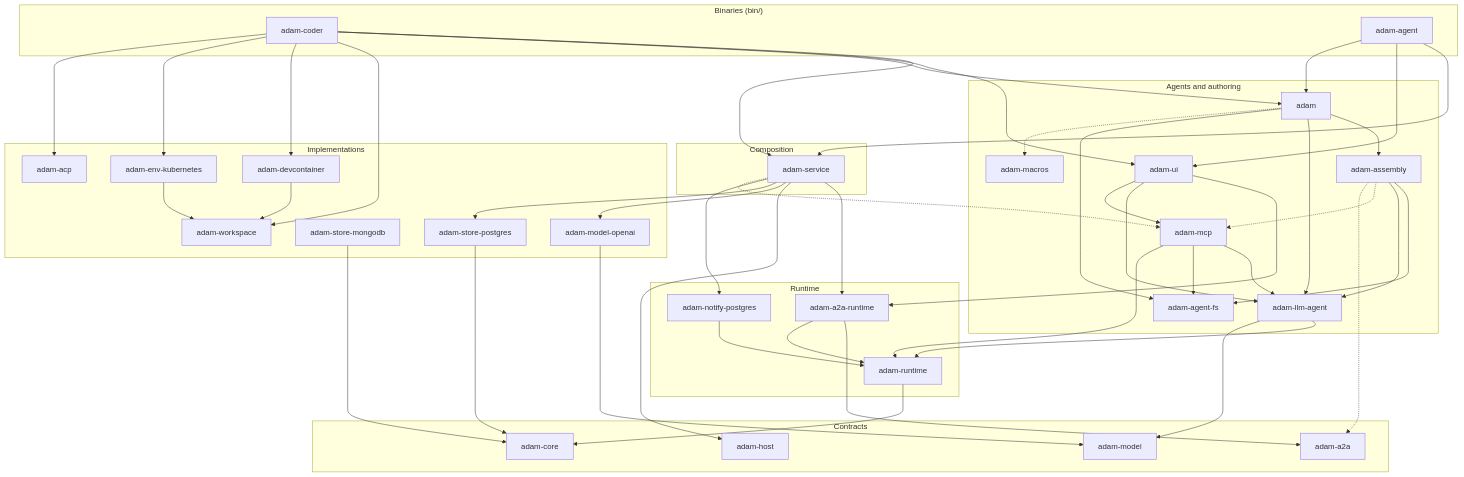
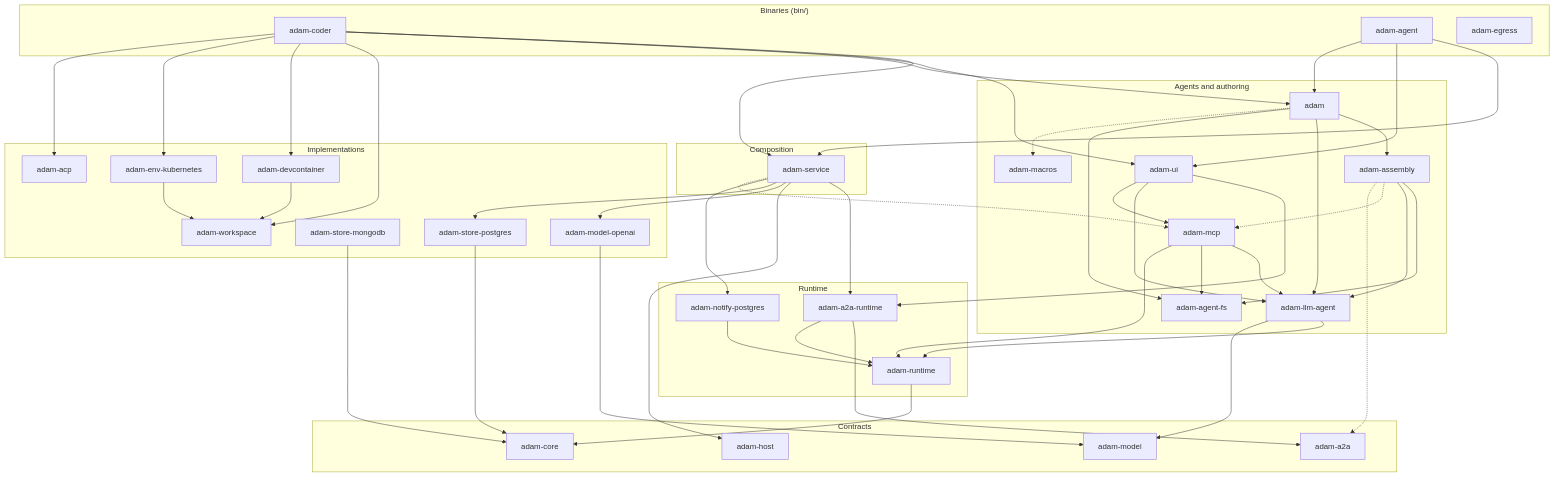
One commit to vymalo/another-adam-rs changed the first of 19 diagrams in docs/architecture.md. Above: the diagram before and after it, drawn with Mermaid. The commit also changed other lines of this file and 20 other files, not shown here.

````diff
--- a/docs/architecture.md
+++ b/docs/architecture.md
@@ -46,81 +46,82 @@
 ```mermaid
 flowchart TB
     subgraph bins["Binaries (bin/)"]
         coder["adam-coder"]
         agent["adam-agent"]
+        egress["adam-egress"]
     end
     subgraph svc["Composition"]
         service["adam-service"]
     end
     subgraph agents["Agents and authoring"]
         ui["adam-ui"]
         facade["adam"]
         asm["adam-assembly"]
         mcp["adam-mcp"]
         agentfs["adam-agent-fs"]
         macros["adam-macros"]
         llm["adam-llm-agent"]
     end
     subgraph runtime["Runtime"]
         a2art["adam-a2a-runtime"]
         rt["adam-runtime"]
         pgn["adam-notify-postgres"]
     end
     subgraph contracts["Contracts"]
         a2a["adam-a2a"]
         core["adam-core"]
         model["adam-model"]
         host["adam-host"]
     end
     subgraph impls["Implementations"]
         pg["adam-store-postgres"]
         mongo["adam-store-mongodb"]
         openai["adam-model-openai"]
         ws["adam-workspace"]
         devc["adam-devcontainer"]
         kube["adam-env-kubernetes"]
         acp["adam-acp"]
     end
 
     coder --> service
     coder --> ui
     coder --> facade
     coder --> ws
     coder --> devc
     coder --> kube
     coder --> acp
     agent --> service
     agent --> ui
     agent --> facade
     service --> a2art
     service --> host
     service --> openai
     service --> pg
     service --> pgn
     service -.-> mcp
     a2art --> a2a
     a2art --> rt
     ui --> a2art
     ui --> llm
     ui --> mcp
     facade --> asm
     facade --> llm
     facade --> agentfs
     facade -.-> macros
     asm --> agentfs
     asm --> llm
     asm -.-> mcp
     asm -.-> a2a
     mcp --> llm
     mcp --> agentfs
     mcp --> rt
     llm --> rt
     llm --> model
     rt --> core
     pgn --> rt
     pg --> core
     mongo --> core
     openai --> model
     devc --> ws
     kube --> ws
 ```
````
